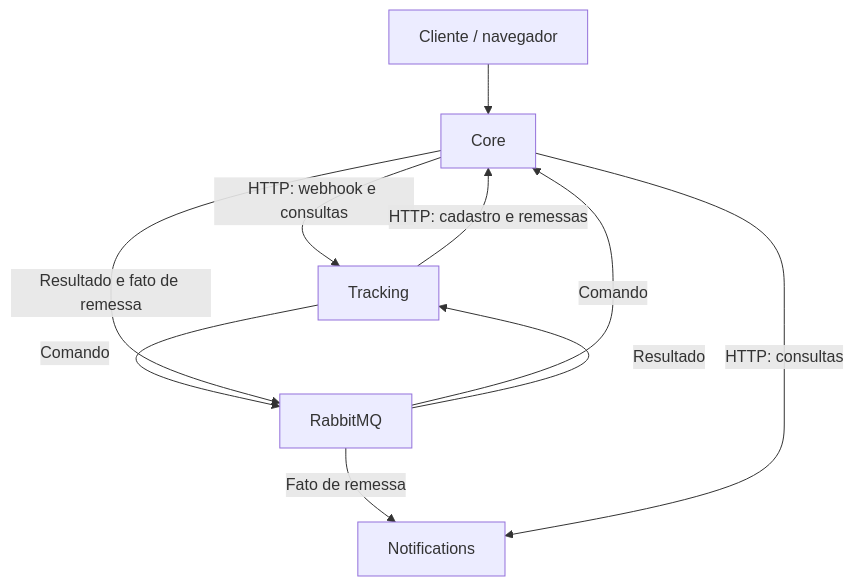
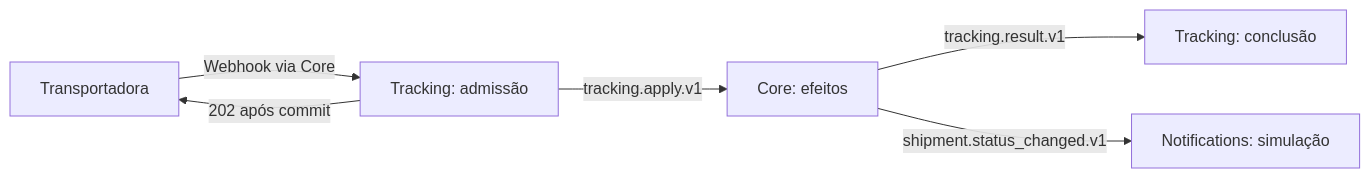
Before and after one commit to campos-labs/project-hub: the second of 2 diagrams in docs/rfcs/007-fulfillflow/DESIGN.md, drawn with Mermaid. The commit also changed other lines of this file, not shown here.

````diff
--- a/docs/rfcs/007-fulfillflow/DESIGN.md
+++ b/docs/rfcs/007-fulfillflow/DESIGN.md
@@ -21,12 +62,8 @@
 ```mermaid
-flowchart TB
-    U["Cliente / navegador"] --> C["Core"]
-    C -->|"HTTP: webhook e consultas"| T["Tracking"]
-    T -->|"HTTP: cadastro e remessas"| C
-    T -->|"Comando"| B["RabbitMQ"]
-    B -->|"Comando"| C
-    C -->|"Resultado e fato de remessa"| B
-    B -->|"Resultado"| T
-    B -->|"Fato de remessa"| N["Notifications"]
-    C -->|"HTTP: consultas"| N
+flowchart LR
+    E["Transportadora"] -->|"Webhook via Core"| A["Tracking: admissão"]
+    A -->|"202 após commit"| E
+    A -->|"tracking.apply.v1"| C["Core: efeitos"]
+    C -->|"tracking.result.v1"| T["Tracking: conclusão"]
+    C -->|"shipment.status_changed.v1"| N["Notifications: simulação"]
 ```
````
